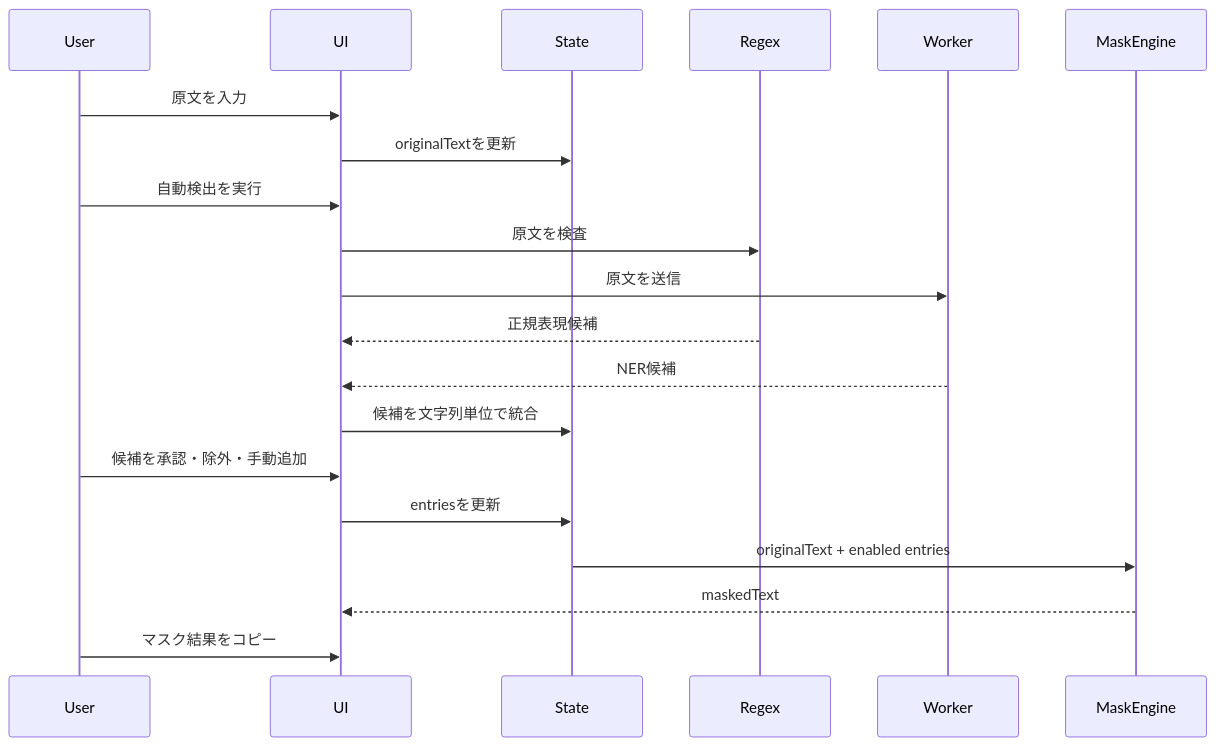
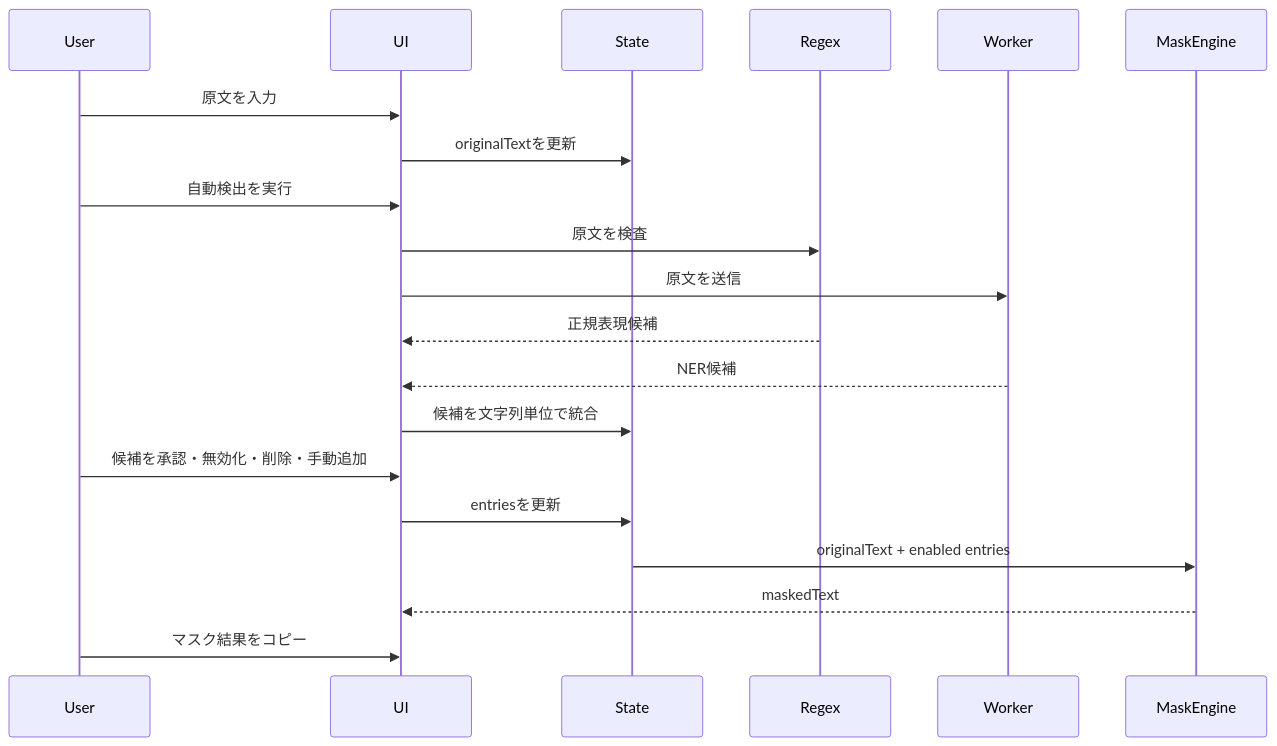
One commit to Bamboosato/local-pii-masker changed the second of 5 diagrams in docs/architecture.md. Above: the diagram before and after it, drawn with Mermaid. The commit also changed other lines of this file and 19 other files, not shown here.

````diff
--- a/docs/architecture.md
+++ b/docs/architecture.md
@@ -94,23 +94,23 @@
 ```mermaid
 sequenceDiagram
     participant User
     participant UI
     participant State
     participant Regex
     participant Worker
     participant MaskEngine
 
     User->>UI: 原文を入力
     UI->>State: originalTextを更新
     User->>UI: 自動検出を実行
     UI->>Regex: 原文を検査
     UI->>Worker: 原文を送信
     Regex-->>UI: 正規表現候補
     Worker-->>UI: NER候補
     UI->>State: 候補を文字列単位で統合
-    User->>UI: 候補を承認・除外・手動追加
+    User->>UI: 候補を承認・無効化・削除・手動追加
     UI->>State: entriesを更新
     State->>MaskEngine: originalText + enabled entries
     MaskEngine-->>UI: maskedText
     User->>UI: マスク結果をコピー
 ```
````
